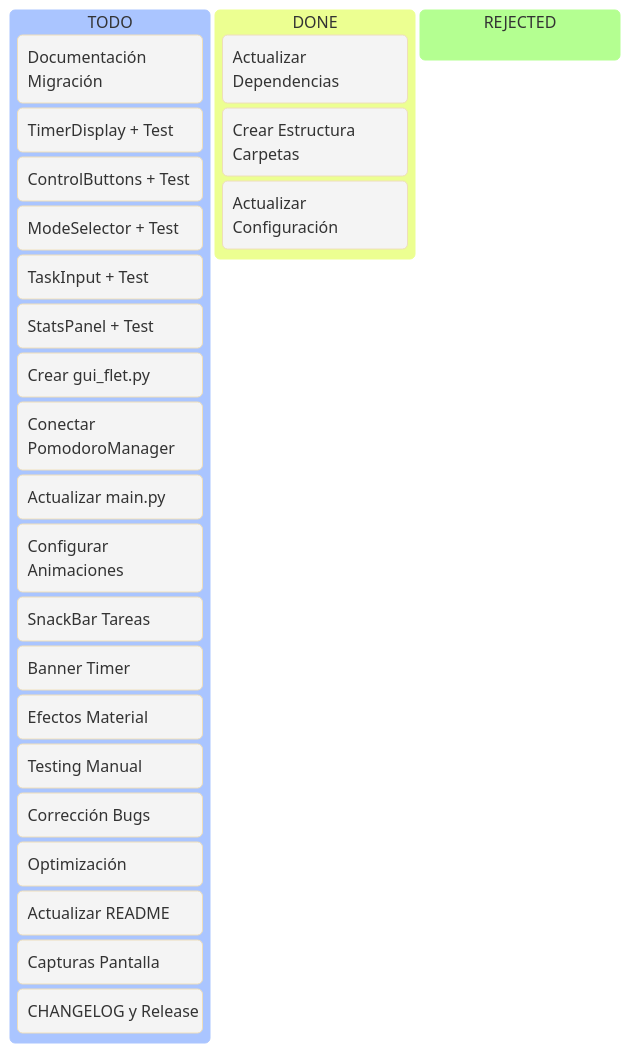
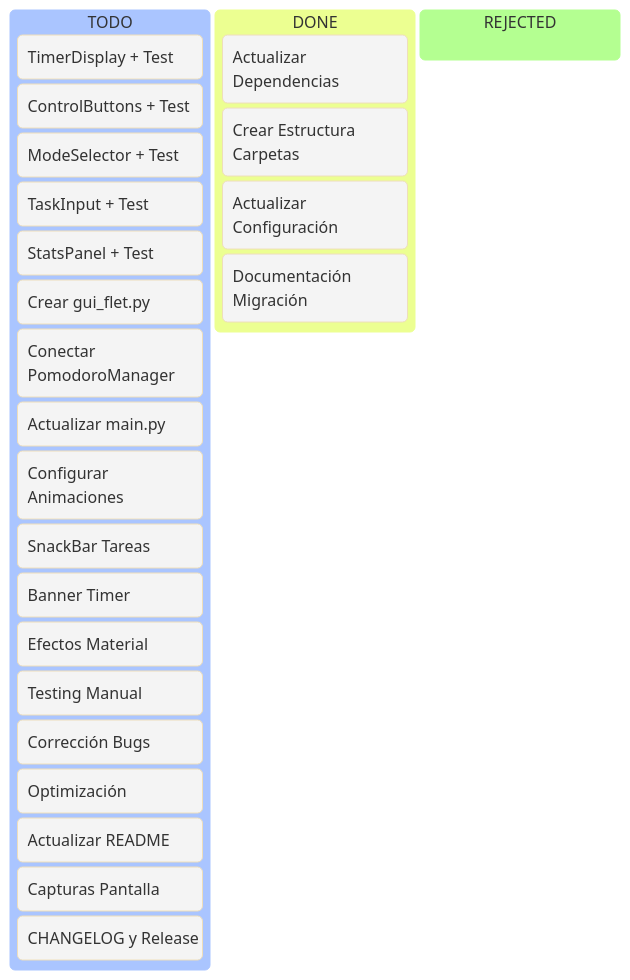
Before and after one commit to FROSADO/pomodoro-py: the diagram in docs/specs-by-version/PLAN_v0.2_es.md, drawn with Mermaid. The commit also changed other lines of this file and 10 other files, not shown here.

````diff
--- a/docs/specs-by-version/PLAN_v0.2_es.md
+++ b/docs/specs-by-version/PLAN_v0.2_es.md
@@ -19,29 +19,29 @@
 ```mermaid
 %%{init: {'theme':'base'}}%%
 kanban
   TODO
-    [Documentación Migración]
     [TimerDisplay + Test]
     [ControlButtons + Test]
     [ModeSelector + Test]
     [TaskInput + Test]
     [StatsPanel + Test]
     [Crear gui_flet.py]
     [Conectar PomodoroManager]
     [Actualizar main.py]
     [Configurar Animaciones]
     [SnackBar Tareas]
     [Banner Timer]
     [Efectos Material]
     [Testing Manual]
     [Corrección Bugs]
     [Optimización]
     [Actualizar README]
     [Capturas Pantalla]
     [CHANGELOG y Release]
   DONE
     [Actualizar Dependencias]
     [Crear Estructura Carpetas]
     [Actualizar Configuración]
+    [Documentación Migración]
   REJECTED
 ```
````
